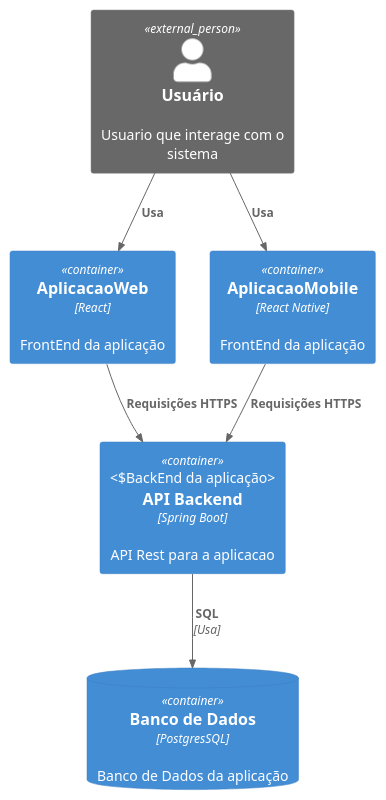
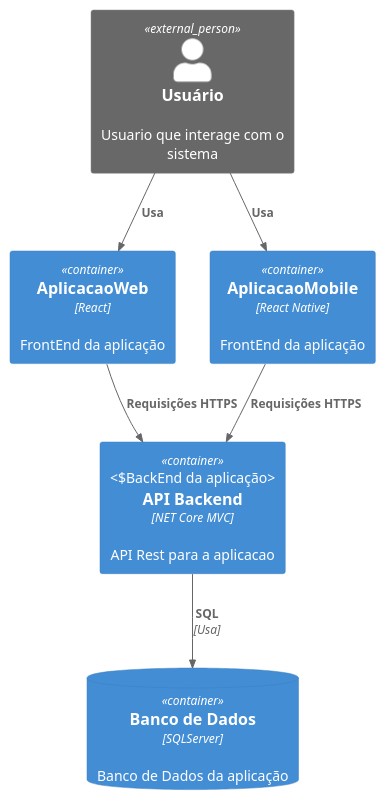
Before and after one commit to samoryfiotec/C4: the diagram in Container.puml, drawn with PlantUML. The commit also changed 4 other files, not shown here.

Commit message:
Refatorar diagramas para representar processos de aplicação e atualizar atributos de classe.

```diff
--- a/Container.puml
+++ b/Container.puml
@@ -1,16 +1,16 @@
-@startuml BibliotecaContainer
+@startuml AplicacaoContainer
 !includeurl https://raw.githubusercontent.com/plantuml-stdlib/C4-PlantUML/master/C4_Container.puml
 
 Person_Ext(usuario, "Usuário", "Usuario que interage com o sistema")
 Container(webapp, "AplicacaoWeb", "React", "FrontEnd da aplicação")
 Container(mobileapp, "AplicacaoMobile", "React Native", "FrontEnd da aplicação")
-Container(api, "API Backend", "Spring Boot", "API Rest para a aplicacao", "BackEnd da aplicação")
-ContainerDb(database, "Banco de Dados", "PostgresSQL", "Banco de Dados da aplicação")
+Container(api, "API Backend", "NET Core MVC", "API Rest para a aplicacao", "BackEnd da aplicação")
+ContainerDb(database, "Banco de Dados", "SQLServer", "Banco de Dados da aplicação")
 
 Rel(usuario, webapp, "Usa")
 Rel(usuario, mobileapp, "Usa")
 Rel(webapp, api, "Requisições HTTPS")
 Rel(mobileapp, api, "Requisições HTTPS")
 Rel(api, database, "SQL", "Usa")
 
 @enduml
```
